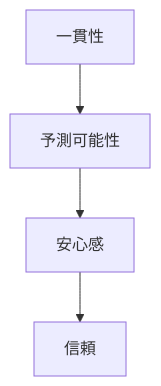
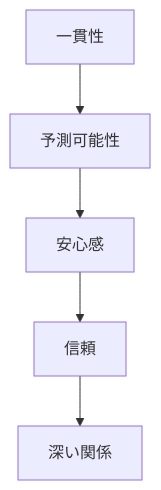
One commit to tndg16-bot/portfolio-site changed the third of 4 diagrams in content/blog/285-trust-bank-relationship-assets.md. Above: the diagram before and after it, drawn with Mermaid. The commit also changed other lines of this file and 19 other files, not shown here.

````diff
--- a/content/blog/285-trust-bank-relationship-assets.md
+++ b/content/blog/285-trust-bank-relationship-assets.md
@@ -69,6 +79,7 @@
 ```mermaid
 graph TD
     A[一貫性] --> B[予測可能性]
     B --> C[安心感]
     C --> D[信頼]
+    D --> E[深い関係]
 ```
````
